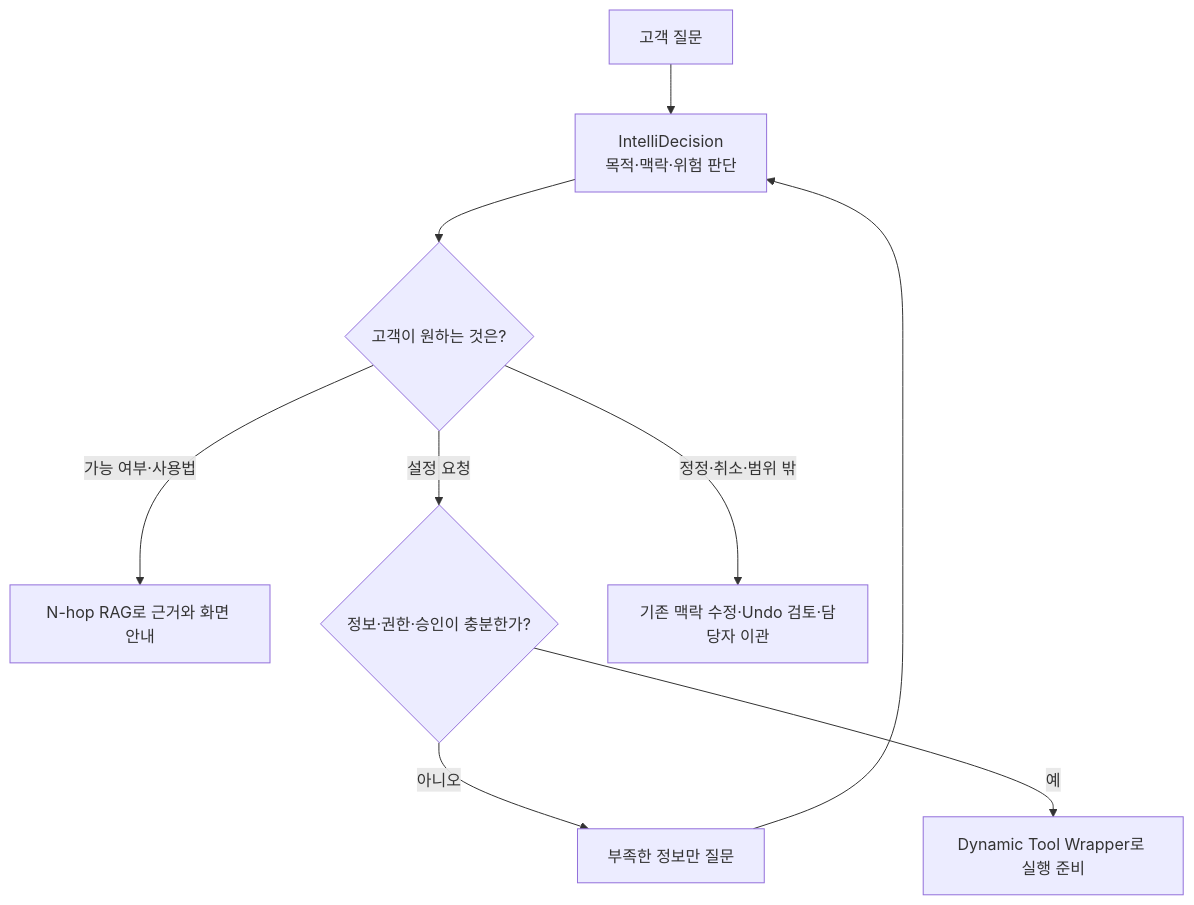
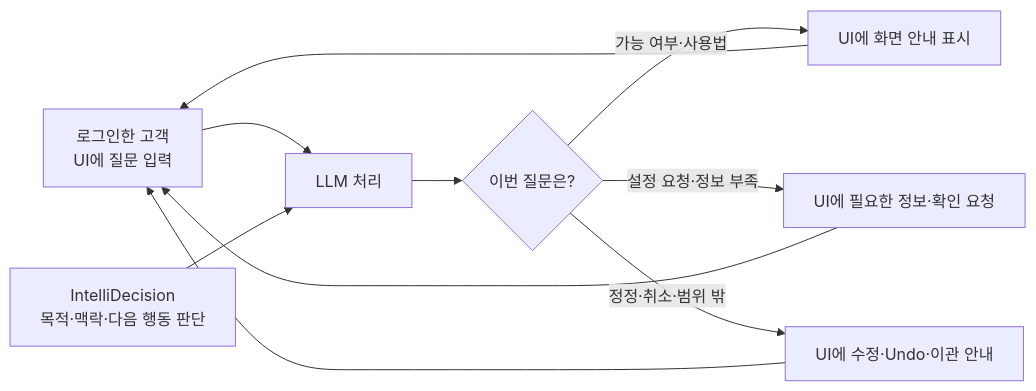
One commit to hak023/sip_pbx changed the fifth of 8 diagrams in docs/AI_SERVICE_AGENT_SERVICE_INTRODUCTION.md. Above: the diagram before and after it, drawn with Mermaid. The commit also changed other lines of this file and 2 other files, not shown here.

Commit message:
docs: clarify PoC self-service flow

````diff
--- a/docs/AI_SERVICE_AGENT_SERVICE_INTRODUCTION.md
+++ b/docs/AI_SERVICE_AGENT_SERVICE_INTRODUCTION.md
@@ -128,11 +126,12 @@
 ```mermaid
-flowchart TD
-    Q[고객 질문] --> I[IntelliDecision\n목적·맥락·위험 판단]
-    I --> G{고객이 원하는 것은?}
-    G -->|가능 여부·사용법| R[N-hop RAG로 근거와 화면 안내]
-    G -->|설정 요청| C{정보·권한·승인이 충분한가?}
-    C -->|아니오| F[부족한 정보만 질문]
-    F --> I
-    C -->|예| T[Dynamic Tool Wrapper로 실행 준비]
-    G -->|정정·취소·범위 밖| H[기존 맥락 수정·Undo 검토·담당자 이관]
+flowchart LR
+    U[로그인한 고객\nUI에 질문 입력] --> L[LLM 처리]
+    I[IntelliDecision\n목적·맥락·다음 행동 판단] --> L
+    L --> D{이번 질문은?}
+    D -->|가능 여부·사용법| R[UI에 화면 안내 표시]
+    D -->|설정 요청·정보 부족| F[UI에 필요한 정보·확인 요청]
+    D -->|정정·취소·범위 밖| H[UI에 수정·Undo·이관 안내]
+    F --> U
+    R --> U
+    H --> U
 ```
````
